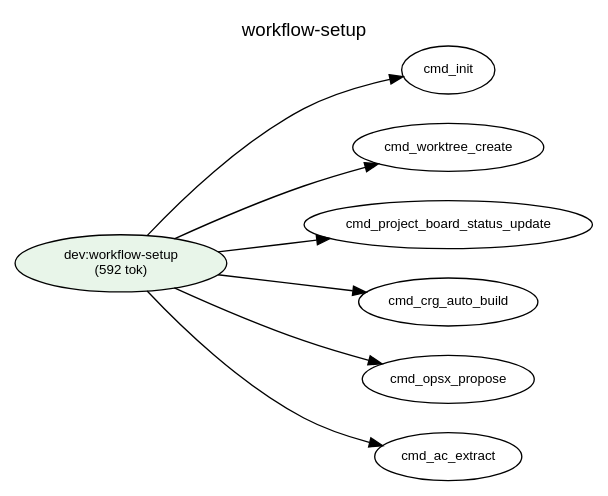
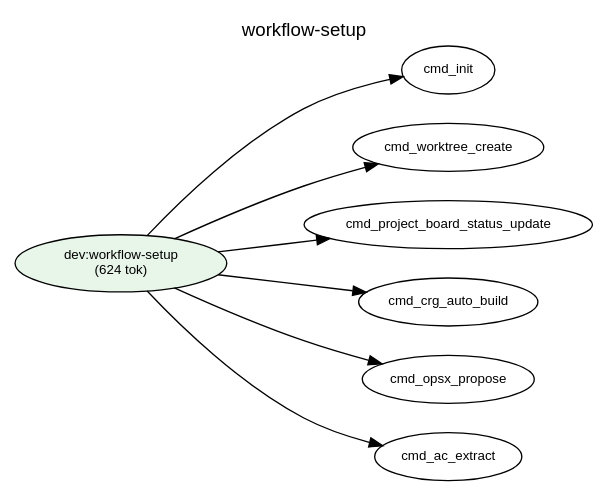
The diagram in plugins/dev/docs/deps-workflow-setup.dot (shuu5/twill), drawn with Graphviz before and after one commit. The commit also changed 35 other files, not shown here.

```diff
--- a/plugins/dev/docs/deps-workflow-setup.dot
+++ b/plugins/dev/docs/deps-workflow-setup.dot
@@ -1,43 +1,43 @@
 digraph Dependencies {
     // Graph settings
     rankdir=LR;
     ranksep=0.8;
     nodesep=0.3;
     fontname="Helvetica";
     node [fontname="Helvetica", fontsize=10];
     edge [fontname="Helvetica", fontsize=9];
     label="workflow-setup";
     labelloc=t;
     fontsize=14;
 
     // L0: Controller Skills
 
     // L0: Launchers
 
     // L0.5: Workflow Skills
-    skill_workflow_setup [label="dev:workflow-setup\n(592 tok)", shape=ellipse, style=filled, fillcolor="#e8f5e9"];
+    skill_workflow_setup [label="dev:workflow-setup\n(624 tok)", shape=ellipse, style=filled, fillcolor="#e8f5e9"];
 
     // Reference Skills
 
     // L1: Direct Commands
 
     // L2: Sub Commands
 
     // L3: Agents
 
     // L3.5: Scripts
 
     // L4: External
 
     // Layer constraints
     { rank=same; skill_workflow_setup; }
 
     // Edges
     skill_workflow_setup -> cmd_init;
     skill_workflow_setup -> cmd_worktree_create;
     skill_workflow_setup -> cmd_project_board_status_update;
     skill_workflow_setup -> cmd_crg_auto_build;
     skill_workflow_setup -> cmd_opsx_propose;
     skill_workflow_setup -> cmd_ac_extract;
 
 }
```
